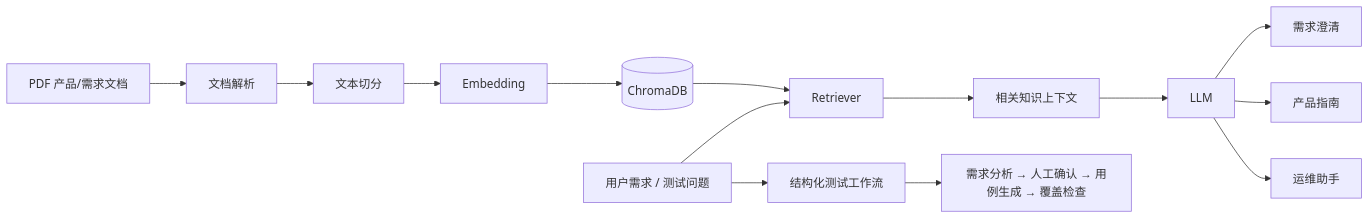
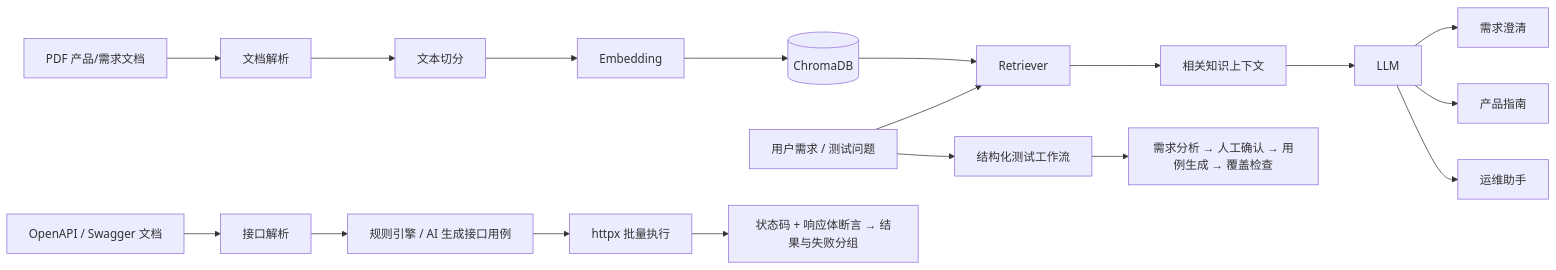
Before and after one commit to ChiufungLee/AI-Test-Case-Generator: the diagram in README.md, drawn with Mermaid. The commit also changed other lines of this file and 1 other file, not shown here.

````diff
--- a/README.md
+++ b/README.md
@@ -68,19 +69,24 @@
 ```mermaid
 flowchart LR
     A[PDF 产品/需求文档] --> B[文档解析]
     B --> C[文本切分]
     C --> D[Embedding]
     D --> E[(ChromaDB)]
 
     F[用户需求 / 测试问题] --> G[Retriever]
     E --> G
     G --> H[相关知识上下文]
     H --> I[LLM]
 
     I --> J[需求澄清]
     I --> K[产品指南]
     I --> L[运维助手]
 
     F --> M[结构化测试工作流]
     M --> N[需求分析 → 人工确认 → 用例生成 → 覆盖检查]
+
+    P[OpenAPI / Swagger 文档] --> Q[接口解析]
+    Q --> R[规则引擎 / AI 生成接口用例]
+    R --> S[httpx 批量执行]
+    S --> T[状态码 + 响应体断言 → 结果与失败分组]
 ```
````
